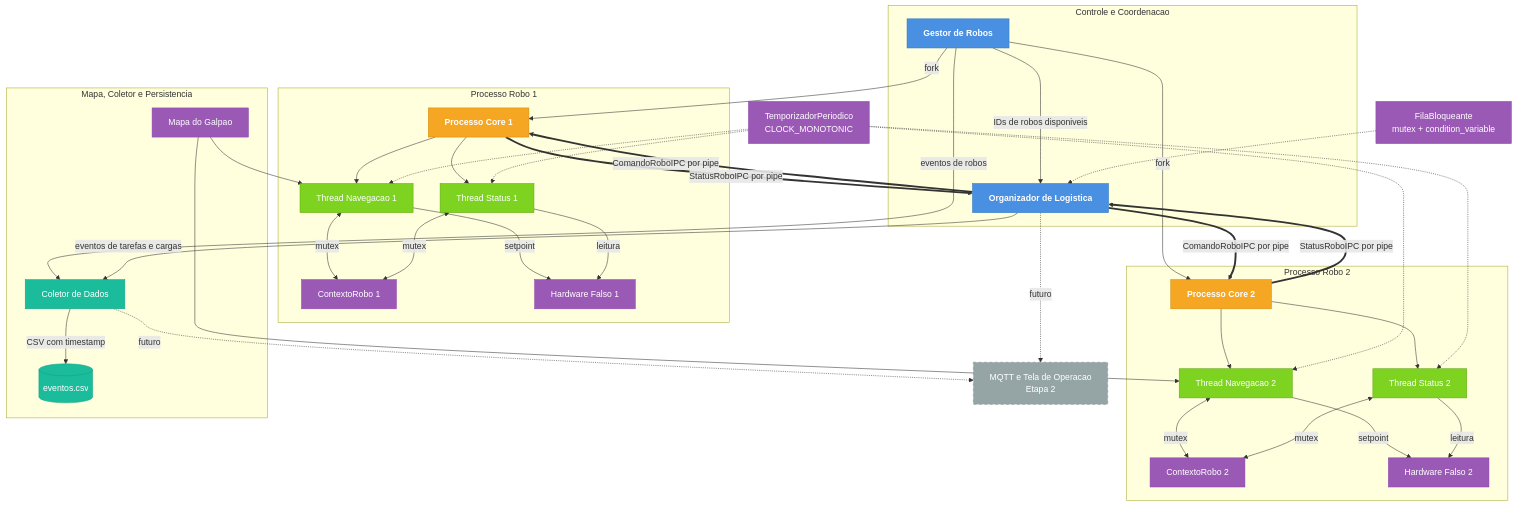
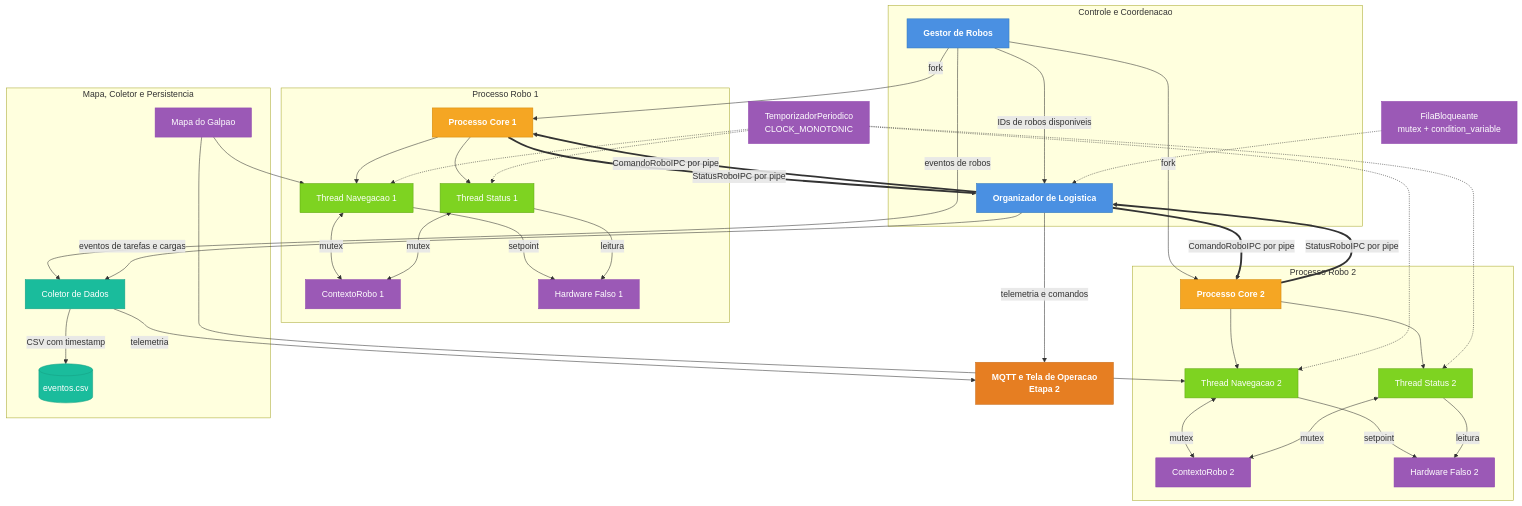
One commit to lsaamaral/TrabalhoRobosMoveis changed the diagram in README.md. Above: the diagram before and after it, drawn with Mermaid. The commit also changed other lines of this file and 13 other files, not shown here.

````diff
--- a/README.md
+++ b/README.md
@@ -34,7 +104,7 @@
     classDef thread fill:#7ED321,stroke:#62A814,color:#fff;
     classDef infra fill:#9B59B6,stroke:#8E44AD,color:#fff;
     classDef dados fill:#1ABC9C,stroke:#16A085,color:#fff;
-    classDef futuro fill:#95A5A6,stroke:#7F8C8D,color:#fff,stroke-dasharray: 5 5;
+    classDef interface fill:#E67E22,stroke:#CA6F1E,color:#fff,font-weight:bold;
 
     subgraph Controle["Controle e Coordenacao"]
         G["Gestor de Robos"]
@@ -112,7 +182,7 @@
     T -.-> S2
 
     MQTT["MQTT e Tela de Operacao<br/>Etapa 2"]
-    class MQTT futuro;
-    O -.->|futuro| MQTT
-    C -.->|futuro| MQTT
+    class MQTT interface;
+    O -->|telemetria e comandos| MQTT
+    C -->|telemetria| MQTT
 ```
````
